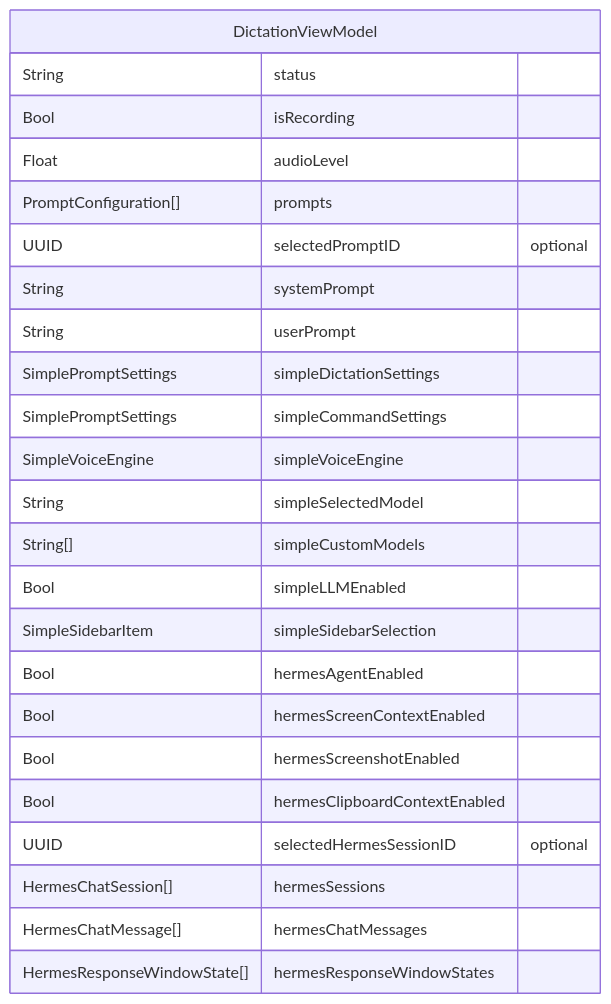
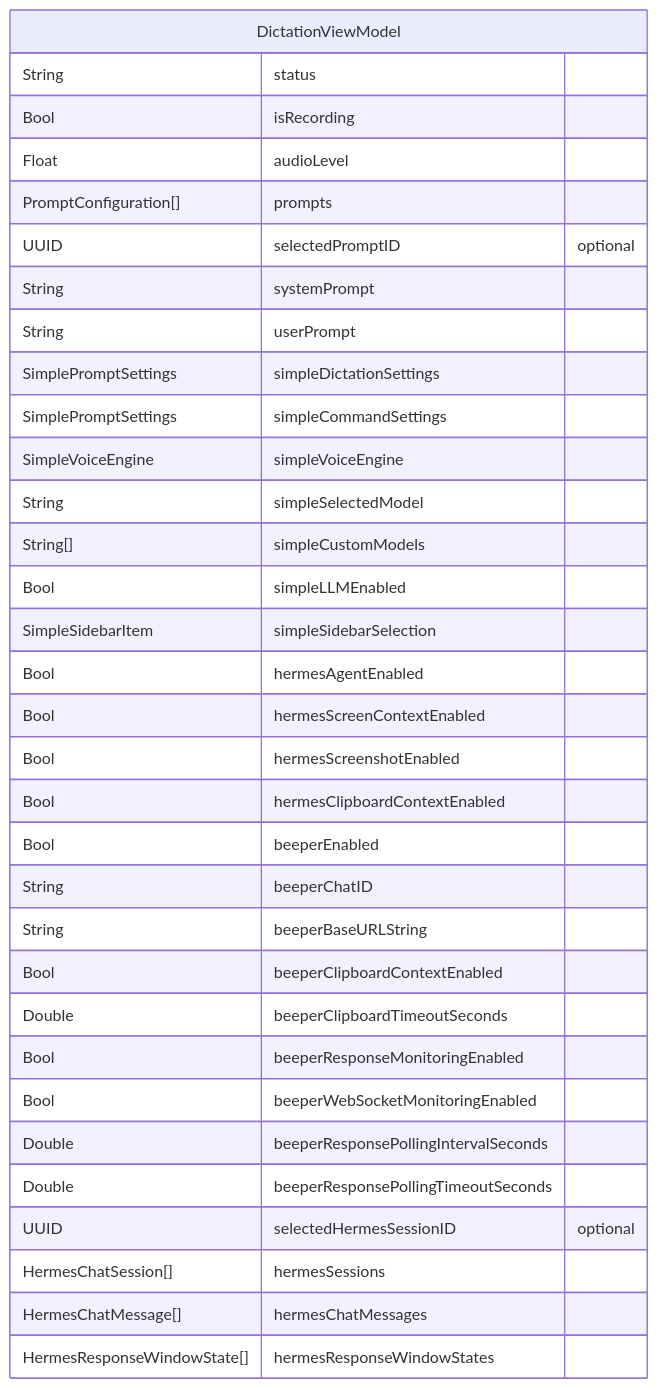
The ninth of 12 diagrams in datamodel.md (dkapo88/WonderWhisper-macOS), drawn with Mermaid before and after one commit. The commit also changed other lines of this file and 15 other files, not shown here.

````diff
--- a/datamodel.md
+++ b/datamodel.md
@@ -502,27 +522,36 @@
 ```mermaid
 erDiagram
     DictationViewModel {
         String status
         Bool isRecording
         Float audioLevel
         PromptConfiguration[] prompts
         UUID selectedPromptID "optional"
         String systemPrompt
         String userPrompt
         SimplePromptSettings simpleDictationSettings
         SimplePromptSettings simpleCommandSettings
         SimpleVoiceEngine simpleVoiceEngine
         String simpleSelectedModel
         String[] simpleCustomModels
         Bool simpleLLMEnabled
         SimpleSidebarItem simpleSidebarSelection
         Bool hermesAgentEnabled
         Bool hermesScreenContextEnabled
         Bool hermesScreenshotEnabled
         Bool hermesClipboardContextEnabled
+        Bool beeperEnabled
+        String beeperChatID
+        String beeperBaseURLString
+        Bool beeperClipboardContextEnabled
+        Double beeperClipboardTimeoutSeconds
+        Bool beeperResponseMonitoringEnabled
+        Bool beeperWebSocketMonitoringEnabled
+        Double beeperResponsePollingIntervalSeconds
+        Double beeperResponsePollingTimeoutSeconds
         UUID selectedHermesSessionID "optional"
         HermesChatSession[] hermesSessions
         HermesChatMessage[] hermesChatMessages
         HermesResponseWindowState[] hermesResponseWindowStates
     }
 ```
````
